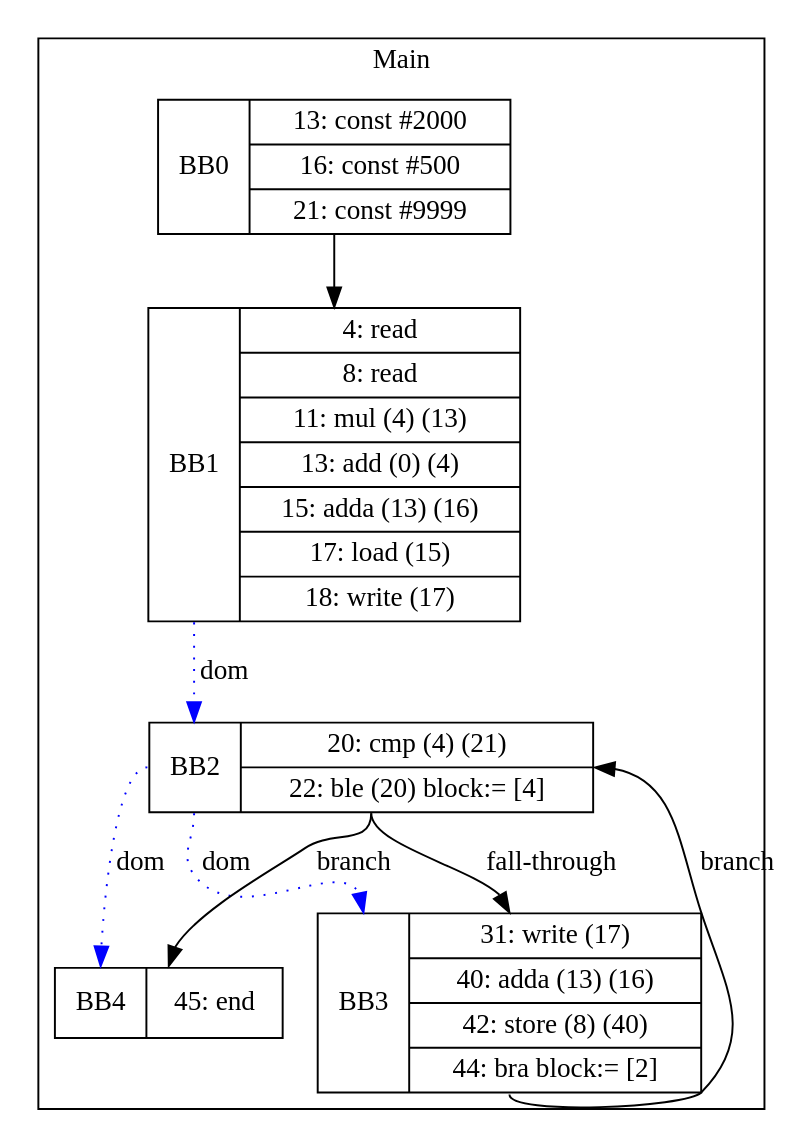
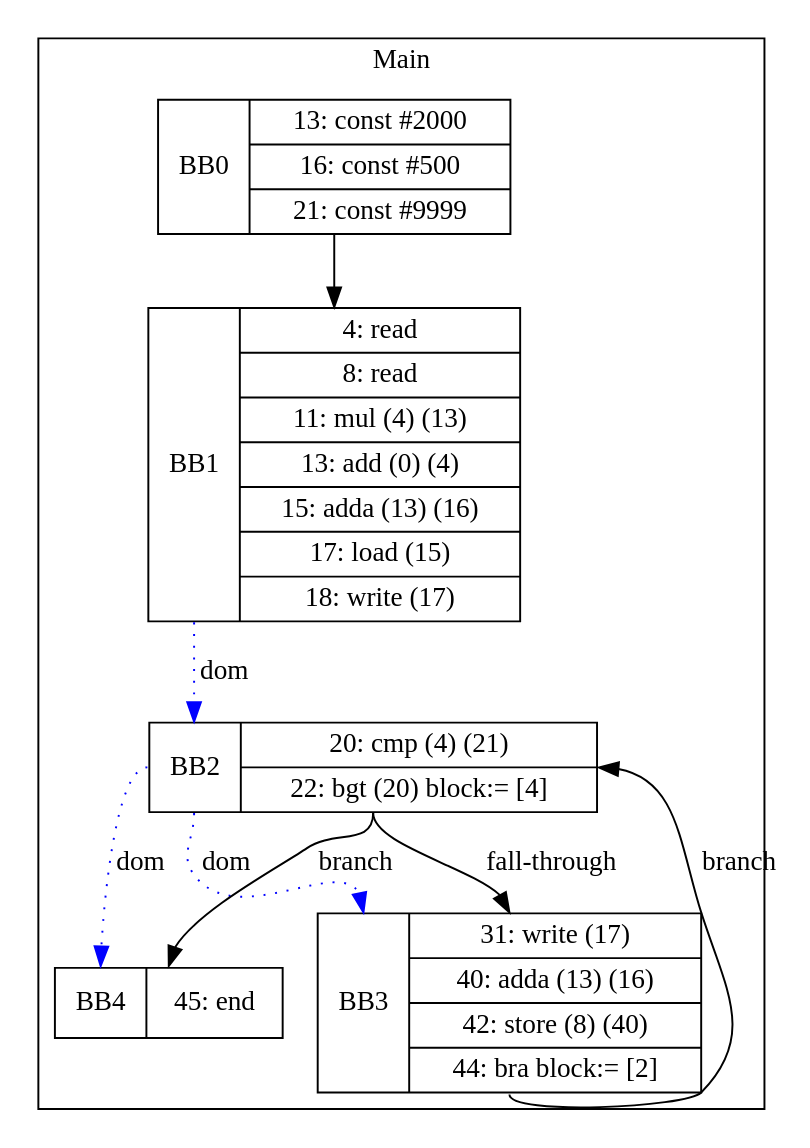
Before and after one commit to zjc664656505/UCI-CS241-Advanced-Compiler-main: the diagram in visualization/phillip/arrays/whileJoinKill.gv, drawn with Graphviz. The commit also changed 20 other files, not shown here.

```diff
--- a/visualization/phillip/arrays/whileJoinKill.gv
+++ b/visualization/phillip/arrays/whileJoinKill.gv
@@ -1,18 +1,18 @@
 digraph G {
 node [shape=record];
 subgraph cluster_main{
 label = "Main";
 BB0 [shape=record, label="<b>BB0|{13: const #2000|16: const #500|21: const #9999}"];
 BB1 [shape=record, label="<b>BB1|{4: read|8: read|11: mul (4) (13)|13: add (0) (4)|15: adda (13) (16)|17: load (15)|18: write (17)}"];
-BB2 [shape=record, label="<b>BB2|{20: cmp (4) (21)|22: ble (20) block:= [4]}"];
+BB2 [shape=record, label="<b>BB2|{20: cmp (4) (21)|22: bgt (20) block:= [4]}"];
 BB3 [shape=record, label="<b>BB3|{31: write (17)|40: adda (13) (16)|42: store (8) (40)|44: bra block:= [2]}"];
 BB4 [shape=record, label="<b>BB4|{45: end}"];
 }
 BB0:s -> BB1:n ;
 BB2:b -> BB3:b [color=blue, style=dotted, label="dom"];
 BB2:b -> BB4:b [color=blue, style=dotted, label="dom"];
 BB1:b -> BB2:b [color=blue, style=dotted, label="dom"];
 BB2:s -> BB4:n [label="branch"];
 BB3:s -> BB2:e [label="branch"];
 BB2:s -> BB3:n [label="fall-through"];
 }
```
